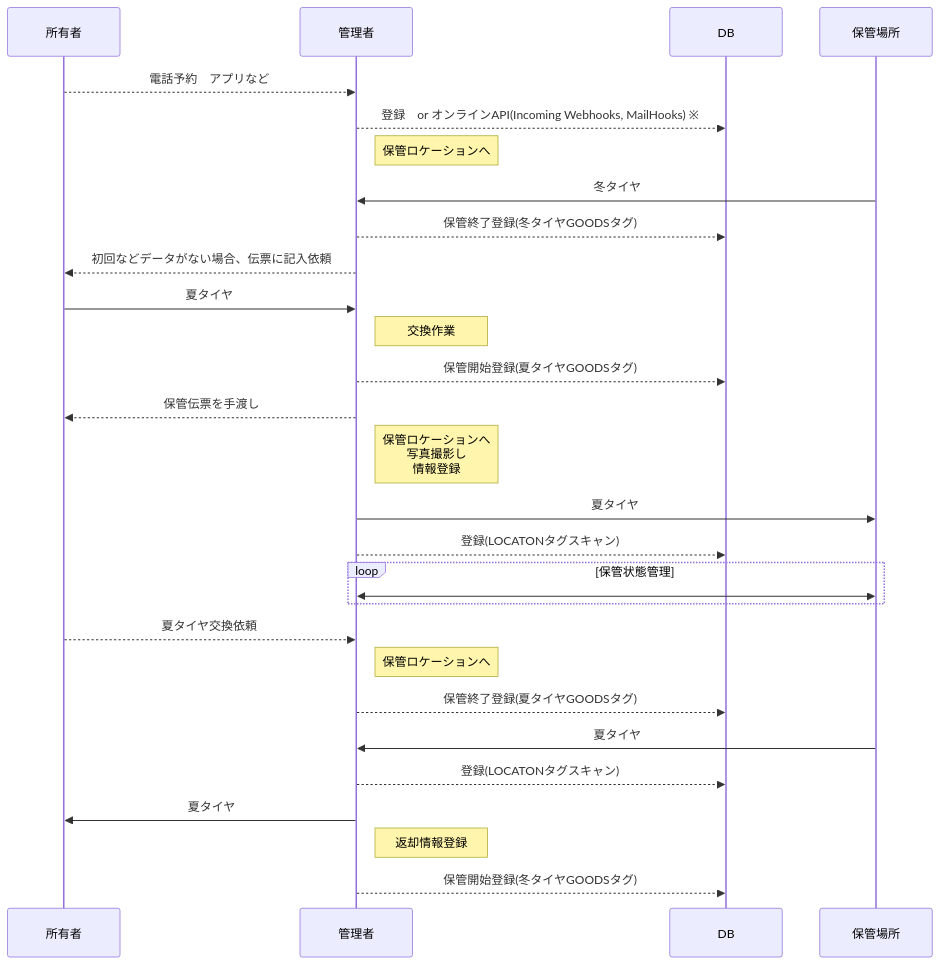
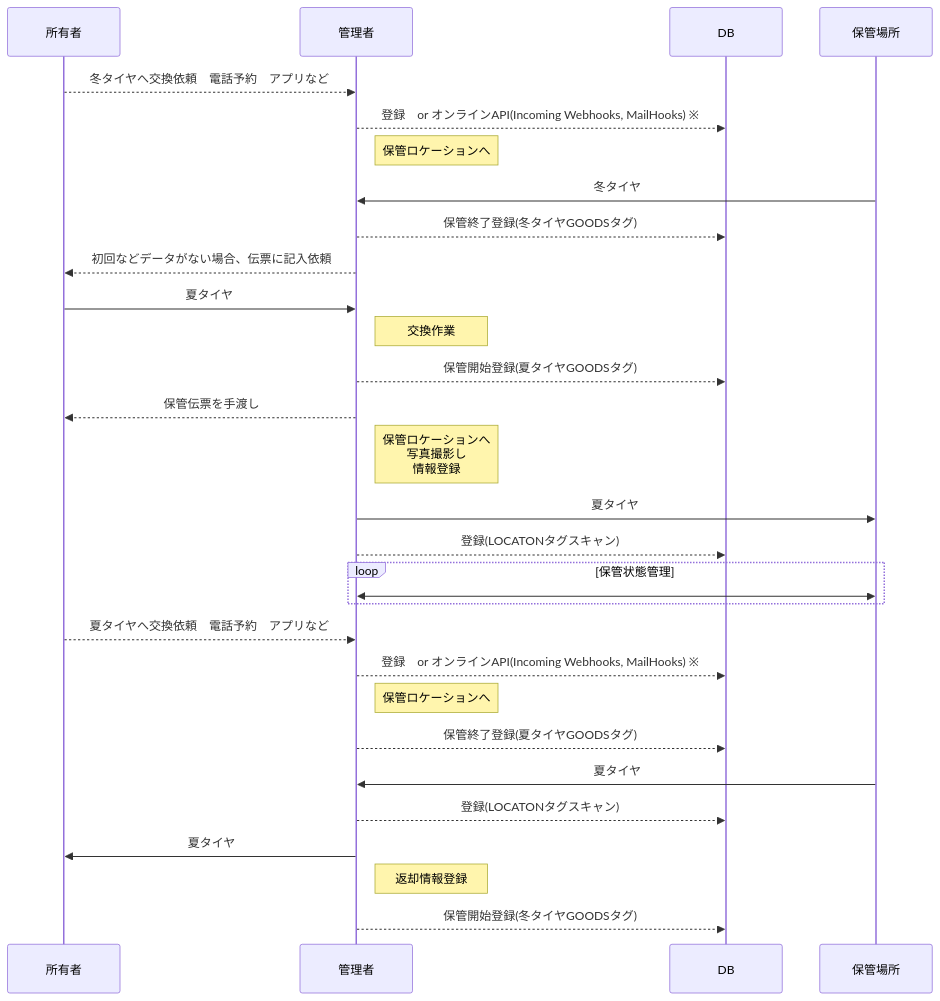
One commit to piot-jp-Team/goods_storage changed the first of 2 diagrams in README.md. Above: the diagram before and after it, drawn with Mermaid.

````diff
--- a/README.md
+++ b/README.md
@@ -11,30 +11,31 @@
 ```mermaid
 sequenceDiagram
     participant 所有者
     participant 管理者
     participant DB
-    所有者-->>管理者: 電話予約　アプリなど
+    所有者-->>管理者: 冬タイヤへ交換依頼　電話予約　アプリなど
     管理者-->>DB: 登録　or オンラインAPI(Incoming Webhooks, MailHooks) ※
     Note right of 管理者: 保管ロケーションへ
     保管場所->>管理者: 冬タイヤ
     管理者-->>DB: 保管終了登録(冬タイヤGOODSタグ)
     管理者-->>所有者: 初回などデータがない場合、伝票に記入依頼
     所有者->>管理者: 夏タイヤ
     Note right of 管理者: 交換作業
     管理者-->>DB: 保管開始登録(夏タイヤGOODSタグ)
     管理者-->>所有者: 保管伝票を手渡し
     Note right of 管理者: 保管ロケーションへ <br/>写真撮影し <br/>情報登録
     管理者->>保管場所: 夏タイヤ
     管理者-->>DB: 登録(LOCATONタグスキャン)
     loop 保管状態管理
         管理者<<->>保管場所: 
     end
-    所有者-->>管理者: 夏タイヤ交換依頼
+    所有者-->>管理者: 夏タイヤへ交換依頼　電話予約　アプリなど
+    管理者-->>DB: 登録　or オンラインAPI(Incoming Webhooks, MailHooks) ※
     Note right of 管理者: 保管ロケーションへ
     管理者-->>DB: 保管終了登録(夏タイヤGOODSタグ)
     保管場所->>管理者: 夏タイヤ
     管理者-->>DB: 登録(LOCATONタグスキャン)
     管理者->>所有者: 夏タイヤ
     Note right of 管理者: 返却情報登録
     管理者-->>DB: 保管開始登録(冬タイヤGOODSタグ)
 ```
````
